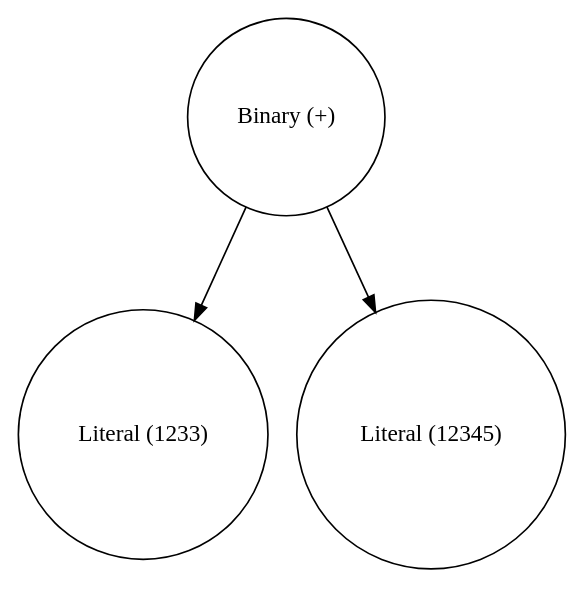
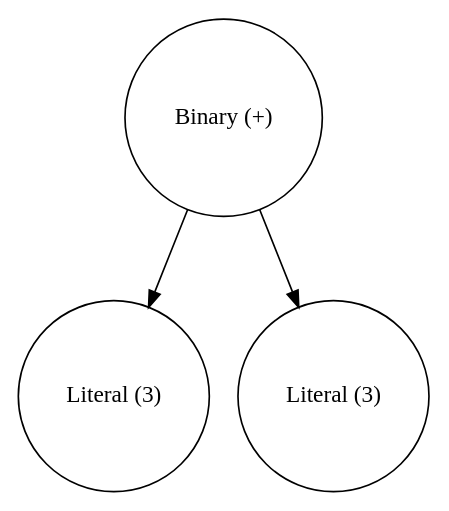
One commit to chosti34/CompilerCreationTool changed the diagram in CompilerCreationTool/CompilerCreationTool/ast.dot. Above: the diagram before and after it, drawn with Graphviz. The commit also changed 13 other files, not shown here.

```diff
--- a/CompilerCreationTool/CompilerCreationTool/ast.dot
+++ b/CompilerCreationTool/CompilerCreationTool/ast.dot
@@ -1,7 +1,7 @@
 digraph {
 0 [shape="circle" label="Binary (+)"];
-1 [shape="circle" label="Literal (1233)"];
-2 [shape="circle" label="Literal (12345)"];
+1 [shape="circle" label="Literal (3)"];
+2 [shape="circle" label="Literal (3)"];
 0->1 [label=" "];
 0->2 [label=" "];
 }
```
